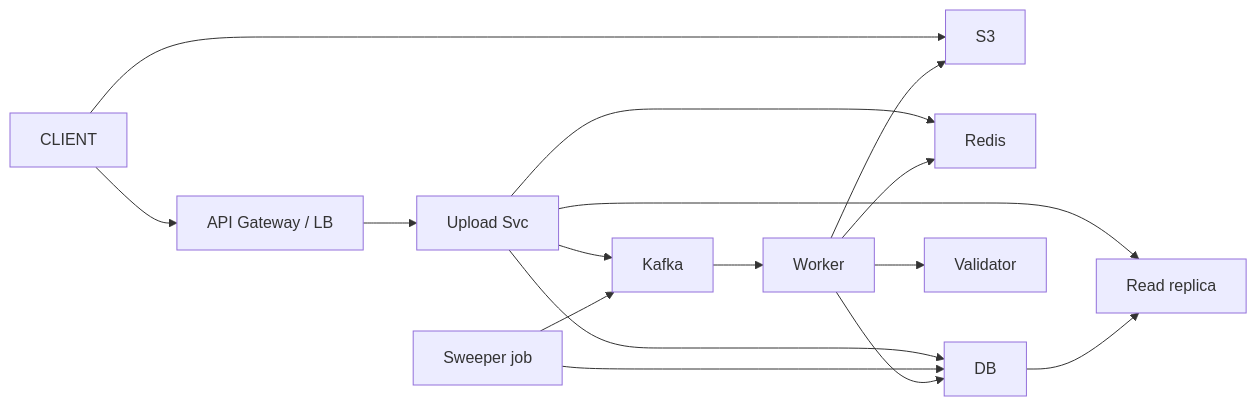
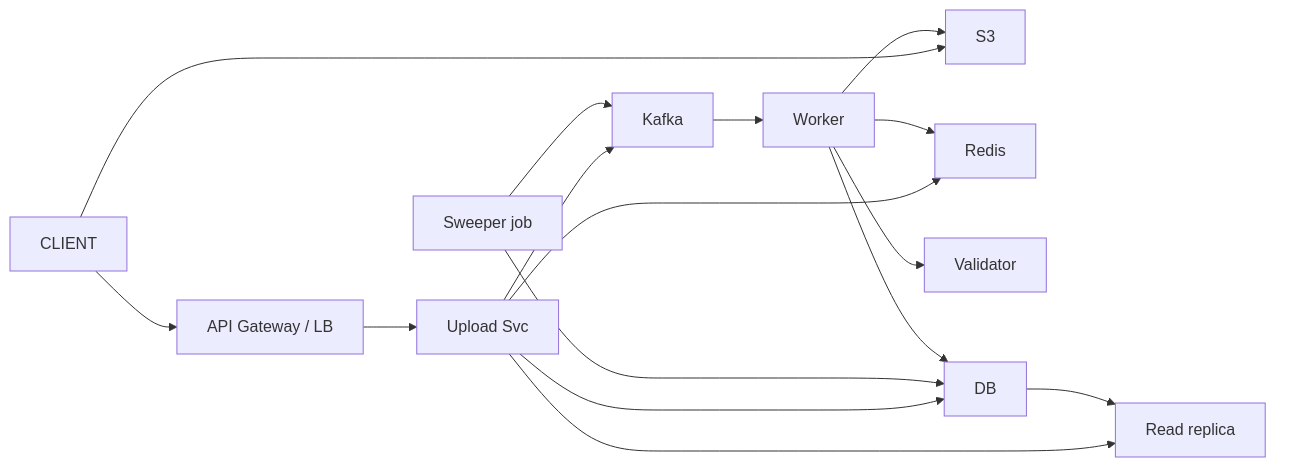
Before and after one commit to ArpanMaheshwari144/Prep: diagram 11 of 11 in 04_HLD/SYSTEM_DESIGNS/07_file_upload_validate_system/07_file_upload_INTERVIEW.md, drawn with Mermaid. The commit also changed other lines of this file and 13 other files, not shown here.

Commit message:
hld 14 file: har diagram ke daayein andekha dabba, zoom button asli dabbe pe na aaye

````diff
--- a/04_HLD/SYSTEM_DESIGNS/07_file_upload_validate_system/07_file_upload_INTERVIEW.md
+++ b/04_HLD/SYSTEM_DESIGNS/07_file_upload_validate_system/07_file_upload_INTERVIEW.md
@@ -496,30 +526,33 @@
 ```mermaid
 %%{init: {"flowchart": {"wrappingWidth": 450}}}%%
 flowchart LR
     n_CLIENT["CLIENT"]
     n_S3["S3"]
     n_API_Gateway_LB["API Gateway / LB"]
     n_Upload_Svc["Upload Svc"]
     n_Redis["Redis"]
     n_DB["DB"]
     n_Read_replica["Read replica"]
     n_Sweeper_job["Sweeper job"]
     n_Kafka["Kafka"]
     n_Worker["Worker"]
     n_Validator["Validator"]
     n_CLIENT --> n_S3
     n_CLIENT --> n_API_Gateway_LB
     n_API_Gateway_LB --> n_Upload_Svc
     n_Upload_Svc --> n_Redis
     n_Upload_Svc --> n_DB
     n_Upload_Svc --> n_Read_replica
     n_DB --> n_Read_replica
     n_Upload_Svc --> n_Kafka
     n_Sweeper_job --> n_DB
     n_Sweeper_job --> n_Kafka
     n_Kafka --> n_Worker
     n_Worker --> n_Validator
     n_Worker --> n_DB
     n_Worker --> n_Redis
     n_Worker --> n_S3
+    n_pad["xxxxxxxxxxxxxxxx"]
+    n_Validator ~~~ n_pad
+    style n_pad fill:none,stroke:none,color:#ffffff00
 ```
````
